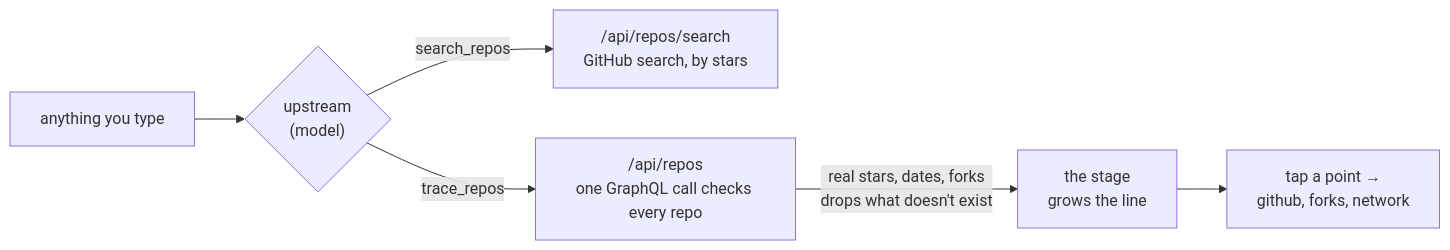
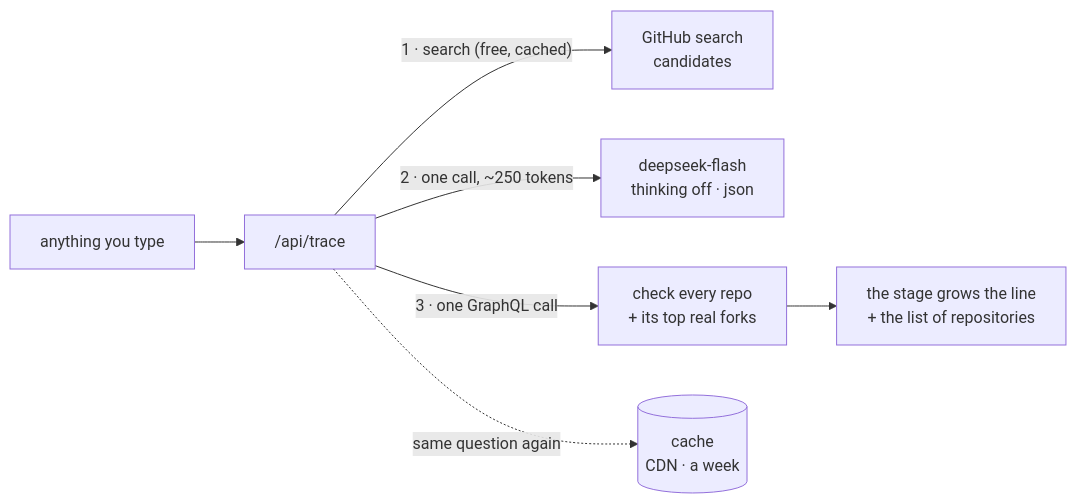
The diagram in README.md (duongquocbao1999/fork), drawn with Mermaid before and after one commit. The commit also changed other lines of this file and 25 other files, not shown here.

Commit message:
forks 3.1: one cheap model call per question, richer trees, the repository list

````diff
--- a/README.md
+++ b/README.md
@@ -50,8 +50,9 @@
 ```mermaid
 flowchart LR
-  you["anything you type"] --> m{"upstream<br/>(model)"}
-  m -- "search_repos" --> s["/api/repos/search<br/>GitHub search, by stars"]
-  m -- "trace_repos" --> v["/api/repos<br/>one GraphQL call checks every repo"]
-  v -- "real stars, dates, forks<br/>drops what doesn't exist" --> stage["the stage<br/>grows the line"]
-  stage --> card["tap a point →<br/>github, forks, network"]
+  you["anything you type"] --> t["/api/trace"]
+  t -- "1 · search (free, cached)" --> s["GitHub search<br/>candidates"]
+  t -- "2 · one call, ~250 tokens" --> m["deepseek-flash<br/>thinking off · json"]
+  t -- "3 · one GraphQL call" --> v["check every repo<br/>+ its top real forks"]
+  v --> stage["the stage grows the line<br/>+ the list of repositories"]
+  t -. "same question again" .-> c[("cache<br/>CDN · a week")]
 ```
````
